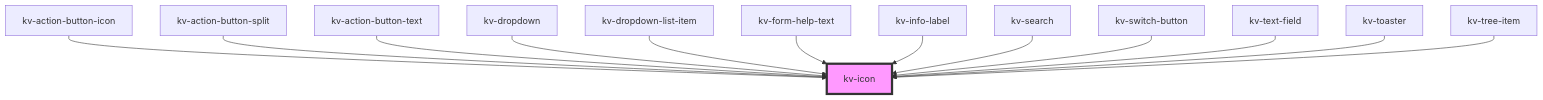
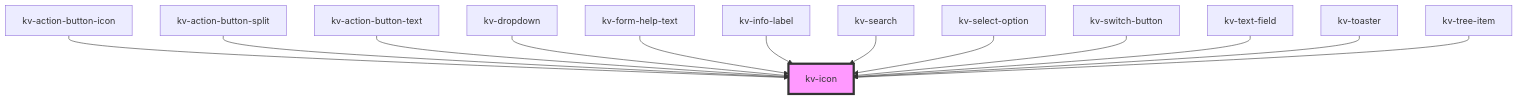
One commit to kelvininc/ui-components changed the diagram in packages/ui-components/src/components/icon/readme.md. Above: the diagram before and after it, drawn with Mermaid. The commit also changed other lines of this file and 46 other files, not shown here.

First line of the commit message:
refactor(dropdown)!: rename `dropdown-list` to `select`

````diff
--- a/packages/ui-components/src/components/icon/readme.md
+++ b/packages/ui-components/src/components/icon/readme.md
@@ -91,16 +91,16 @@
 ```mermaid
 graph TD;
   kv-action-button-icon --> kv-icon
   kv-action-button-split --> kv-icon
   kv-action-button-text --> kv-icon
   kv-dropdown --> kv-icon
-  kv-dropdown-list-item --> kv-icon
   kv-form-help-text --> kv-icon
   kv-info-label --> kv-icon
   kv-search --> kv-icon
+  kv-select-option --> kv-icon
   kv-switch-button --> kv-icon
   kv-text-field --> kv-icon
   kv-toaster --> kv-icon
   kv-tree-item --> kv-icon
   style kv-icon fill:#f9f,stroke:#333,stroke-width:4px
 ```
````
